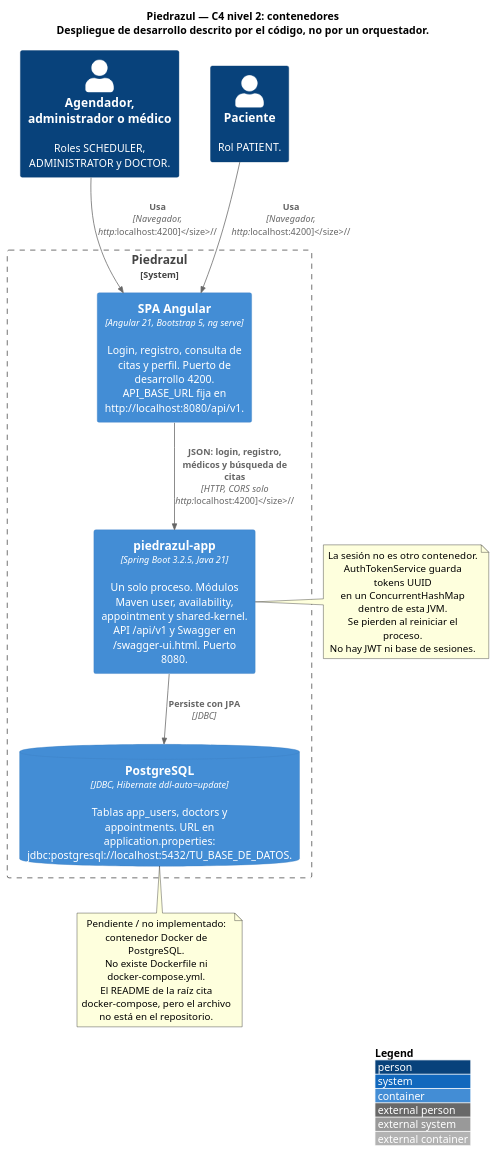
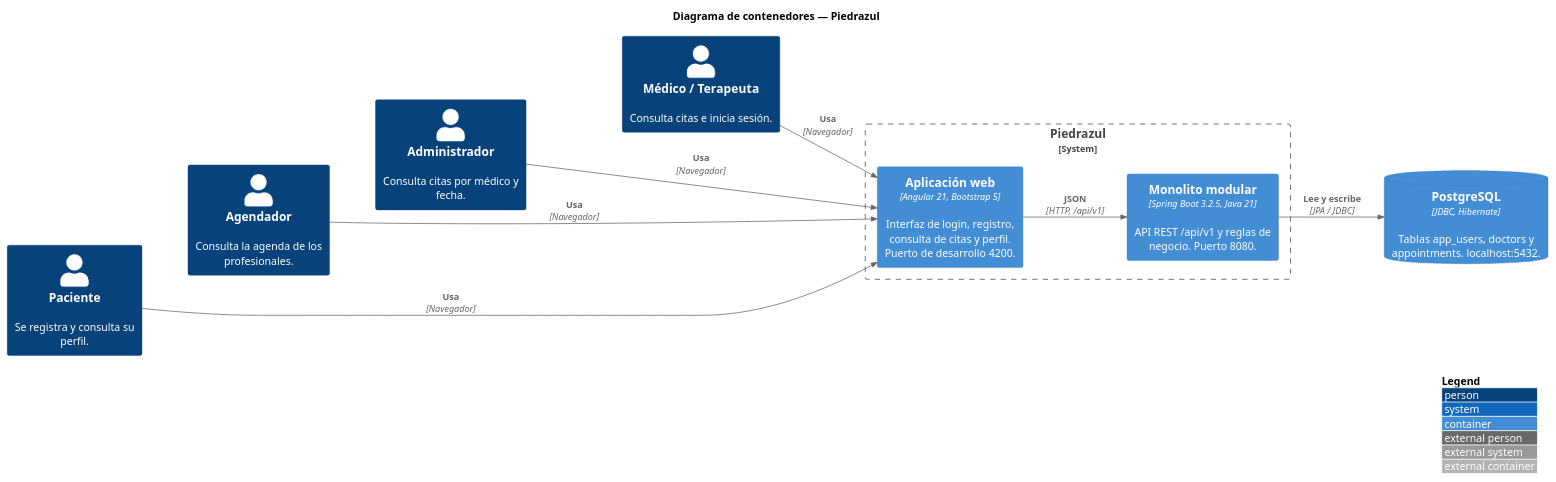
The diagram in docs/architecture/c4/02-contenedores.puml (IikanBonilla/Piedrazul_System-Modular-Monolith), drawn with PlantUML before and after one commit. The commit also changed 8 other files, not shown here.

First line of the commit message:
Ajusta los diagramas C4 al proyecto real para la sustentacion.

```diff
--- a/docs/architecture/c4/02-contenedores.puml
+++ b/docs/architecture/c4/02-contenedores.puml
@@ -1,37 +1,32 @@
 @startuml contenedores
 !include https://raw.githubusercontent.com/plantuml-stdlib/C4-PlantUML/master/C4_Container.puml
 
+LAYOUT_LEFT_RIGHT()
 LAYOUT_WITH_LEGEND()
-LAYOUT_TOP_DOWN()
 
-title Piedrazul — C4 nivel 2: contenedores\nDespliegue de desarrollo descrito por el código, no por un orquestador.
+title Diagrama de contenedores — Piedrazul
 
-Person(staff, "Agendador, administrador o médico", "Roles SCHEDULER, ADMINISTRATOR y DOCTOR.")
-Person(patient, "Paciente", "Rol PATIENT.")
+Person(patient, "Paciente", "Se registra y consulta su perfil.")
+Person(scheduler, "Agendador", "Consulta la agenda de los profesionales.")
+Person(admin, "Administrador", "Consulta citas por médico y fecha.")
+Person(doctor, "Médico / Terapeuta", "Consulta citas e inicia sesión.")
 
 System_Boundary(piedrazul, "Piedrazul") {
-    Container(spa, "SPA Angular", "Angular 21, Bootstrap 5, ng serve", "Login, registro, consulta de citas y perfil. Puerto de desarrollo 4200. API_BASE_URL fija en http://localhost:8080/api/v1.")
-    Container(api, "piedrazul-app", "Spring Boot 3.2.5, Java 21", "Un solo proceso. Módulos Maven user, availability, appointment y shared-kernel. API /api/v1 y Swagger en /swagger-ui.html. Puerto 8080.")
-    ContainerDb(db, "PostgreSQL", "JDBC, Hibernate ddl-auto=update", "Tablas app_users, doctors y appointments. URL en application.properties: jdbc:postgresql://localhost:5432/TU_BASE_DE_DATOS.")
+    Container(spa, "Aplicación web", "Angular 21, Bootstrap 5", "Interfaz de login, registro, consulta de citas y perfil. Puerto de desarrollo 4200.")
+    Container(api, "Monolito modular", "Spring Boot 3.2.5, Java 21", "API REST /api/v1 y reglas de negocio. Puerto 8080.")
 }
 
-Rel(staff, spa, "Usa", "Navegador, http://localhost:4200")
-Rel(patient, spa, "Usa", "Navegador, http://localhost:4200")
-Rel(spa, api, "JSON: login, registro, médicos y búsqueda de citas", "HTTP, CORS solo http://localhost:4200")
-Rel(api, db, "Persiste con JPA", "JDBC")
+ContainerDb(db, "PostgreSQL", "JDBC, Hibernate", "Tablas app_users, doctors y appointments. localhost:5432.")
 
-note right of api
-  La sesión no es otro contenedor.
-  AuthTokenService guarda tokens UUID
-  en un ConcurrentHashMap dentro de esta JVM.
-  Se pierden al reiniciar el proceso.
-  No hay JWT ni base de sesiones.
-end note
+Rel(patient, spa, "Usa", "Navegador")
+Rel(scheduler, spa, "Usa", "Navegador")
+Rel(admin, spa, "Usa", "Navegador")
+Rel(doctor, spa, "Usa", "Navegador")
+Rel(spa, api, "JSON", "HTTP, /api/v1")
+Rel(api, db, "Lee y escribe", "JPA / JDBC")
 
-note bottom of db
-  Pendiente / no implementado: contenedor Docker de PostgreSQL.
-  No existe Dockerfile ni docker-compose.yml.
-  El README de la raíz cita docker-compose, pero el archivo no está en el repositorio.
-end note
+Lay_D(patient, scheduler)
+Lay_D(scheduler, admin)
+Lay_D(admin, doctor)
 
 @enduml
```
